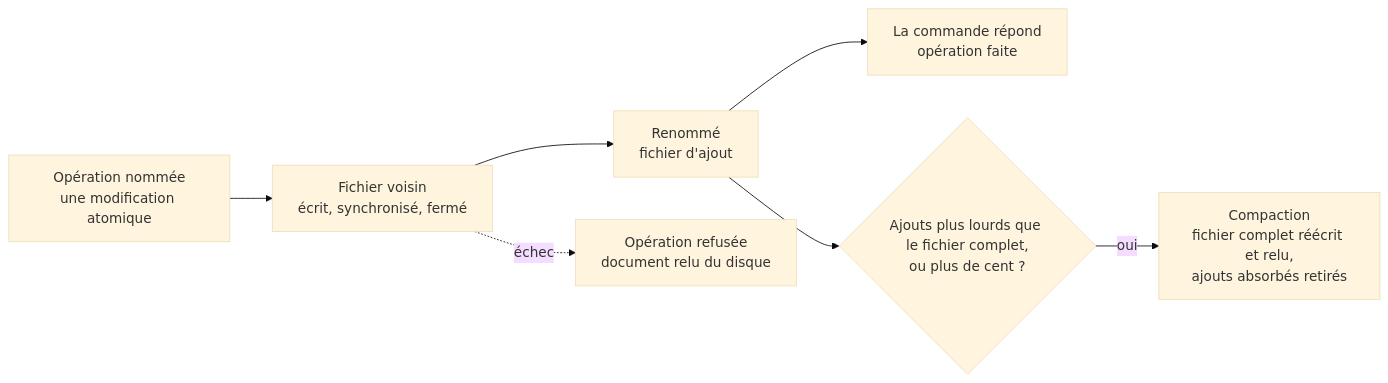
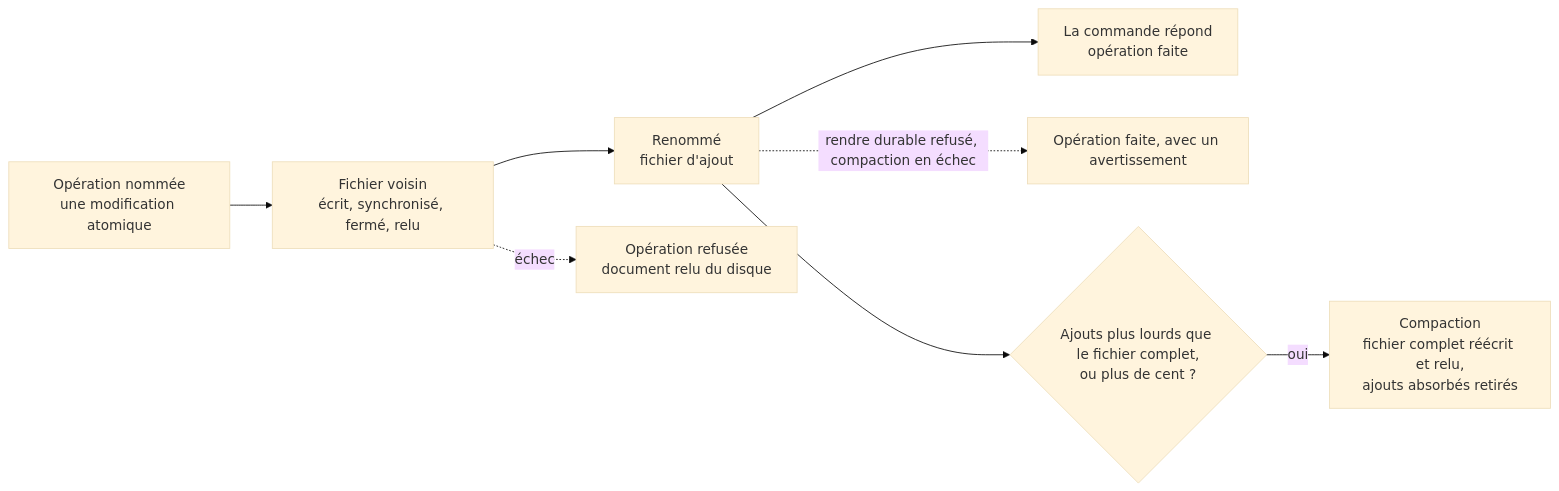
Before and after one commit to EdouardZemb/pupitre: the second of 8 diagrams in docs/31-persistance-et-synchronisation.md, drawn with Mermaid (base theme). The commit also changed other lines of this file and 29 other files, not shown here.

````diff
--- a/docs/31-persistance-et-synchronisation.md
+++ b/docs/31-persistance-et-synchronisation.md
@@ -273,9 +295,10 @@
 ```mermaid
 flowchart LR
-  O["Opération nommée<br/>une modification atomique"] --> V["Fichier voisin<br/>écrit, synchronisé, fermé"]
+  O["Opération nommée<br/>une modification atomique"] --> V["Fichier voisin<br/>écrit, synchronisé, fermé, relu"]
   V --> R["Renommé<br/>fichier d'ajout"]
   R --> F["La commande répond<br/>opération faite"]
   V -.->|"échec"| X["Opération refusée<br/>document relu du disque"]
+  R -.->|"rendre durable refusé, compaction en échec"| A["Opération faite, avec un avertissement"]
   R --> C{"Ajouts plus lourds que le fichier complet,<br/>ou plus de cent ?"}
   C -->|"oui"| K["Compaction<br/>fichier complet réécrit et relu,<br/>ajouts absorbés retirés"]
 ```
````
